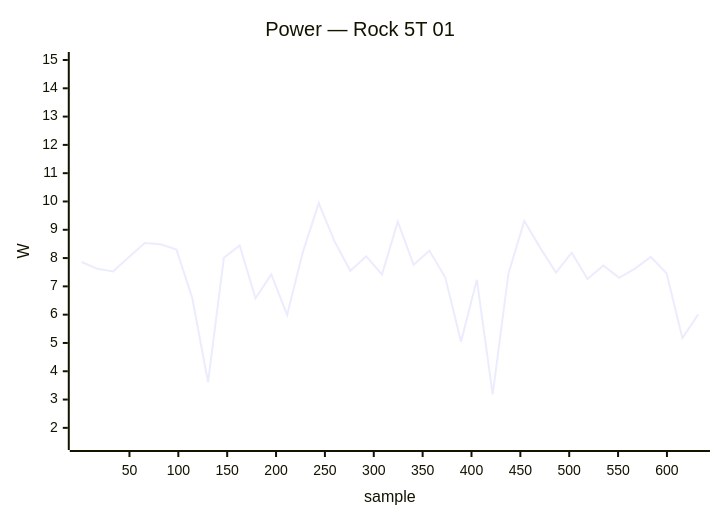
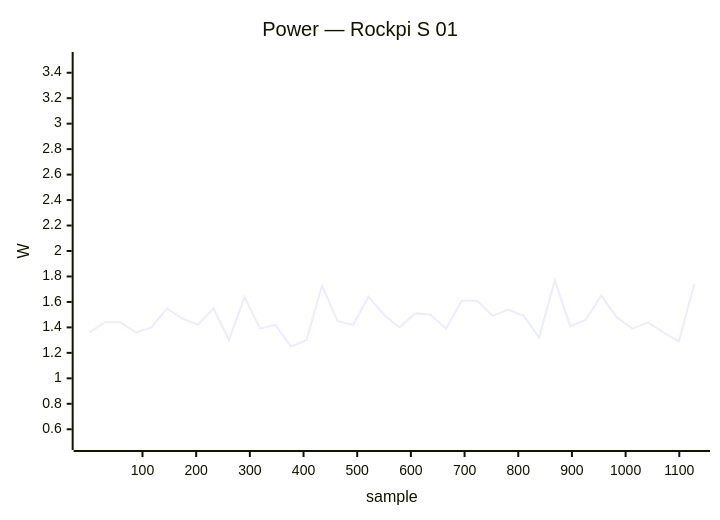
Diagram 32 of 34 in docs/status/board-tests.md (armbian/documentation), drawn with Mermaid before and after one commit. The commit also changed other lines of this file, not shown here.

````diff
--- a/docs/status/board-tests.md
+++ b/docs/status/board-tests.md
@@ -1591,7 +1650,7 @@
 ```mermaid
 xychart-beta
-    title "Power — Rock 5T 01"
-    x-axis "sample" 1 --> 632
-    y-axis "W" 1.5 --> 15.0
-    line [7.86, 7.62, 7.53, 8.04, 8.53, 8.49, 8.30, 6.59, 3.61, 8.01, 8.45, 6.58, 7.42, 5.99, 8.22, 9.94, 8.59, 7.55, 8.06, 7.42, 9.29, 7.76, 8.26, 7.32, 5.04, 7.23, 3.18, 7.46, 9.31, 8.37, 7.49, 8.19, 7.26, 7.74, 7.30, 7.63, 8.04, 7.46, 5.17, 6.01]
+    title "Power — Rockpi S 01"
+    x-axis "sample" 1 --> 1128
+    y-axis "W" 0.5 --> 3.5
+    line [1.36, 1.44, 1.44, 1.36, 1.40, 1.55, 1.47, 1.42, 1.55, 1.30, 1.64, 1.39, 1.42, 1.25, 1.30, 1.73, 1.45, 1.42, 1.64, 1.50, 1.40, 1.51, 1.50, 1.39, 1.61, 1.61, 1.49, 1.54, 1.49, 1.32, 1.77, 1.41, 1.46, 1.65, 1.48, 1.39, 1.44, 1.36, 1.29, 1.74]
 ```
````
